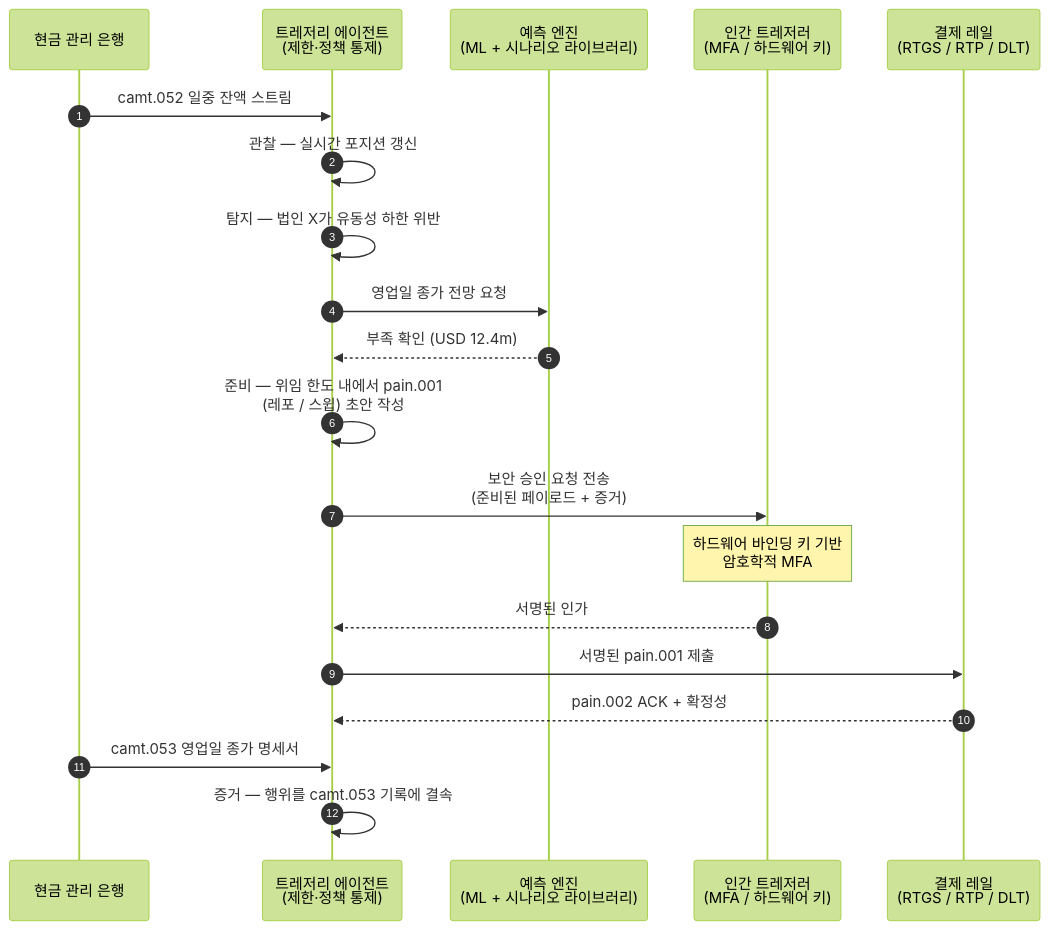
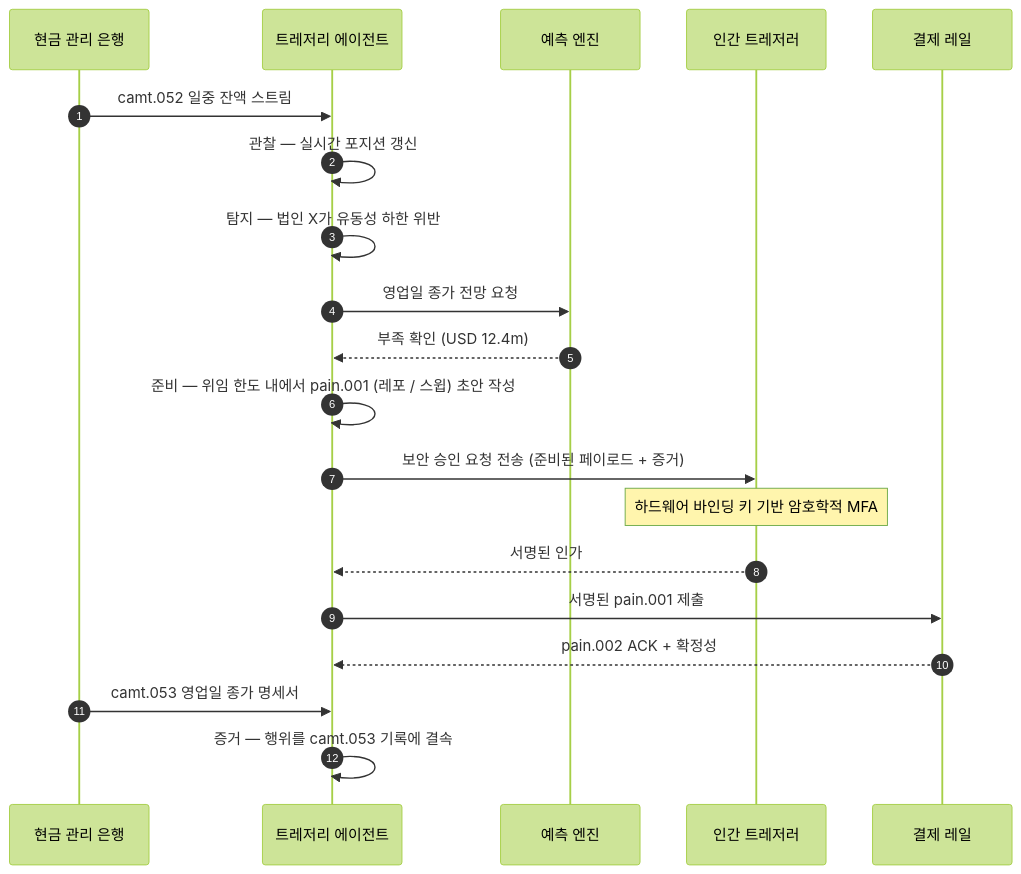
One commit to sebastienrousseau/sebastienrousseau.github.io changed the diagram in _posts/ko/2026-06-07-autonomous-treasury-index-programmable-liquidity-tokenised-deposits-2026.md. Above: the diagram before and after it, drawn with Mermaid (forest theme). The commit also changed 2231 other files, not shown here.

First line of the commit message:
fix(mermaid): unblock Mermaid v10 rendering end-to-end (#198)

````diff
--- a/_posts/ko/2026-06-07-autonomous-treasury-index-programmable-liquidity-tokenised-deposits-2026.md
+++ b/_posts/ko/2026-06-07-autonomous-treasury-index-programmable-liquidity-tokenised-deposits-2026.md
@@ -152,23 +152,22 @@
 ```mermaid
 sequenceDiagram
     autonumber
     participant Banks as 현금 관리 은행
-    participant Agent as 트레저리 에이전트<br/>(제한·정책 통제)
-    participant Forecast as 예측 엔진<br/>(ML + 시나리오 라이브러리)
-    participant Treasurer as 인간 트레저러<br/>(MFA / 하드웨어 키)
-    participant Rails as 결제 레일<br/>(RTGS / RTP / DLT)
-
+    participant Agent as 트레저리 에이전트
+    participant Forecast as 예측 엔진
+    participant Treasurer as 인간 트레저러
+    participant Rails as 결제 레일
     Banks->>Agent: camt.052 일중 잔액 스트림
     Agent->>Agent: 관찰 — 실시간 포지션 갱신
     Agent->>Agent: 탐지 — 법인 X가 유동성 하한 위반
     Agent->>Forecast: 영업일 종가 전망 요청
     Forecast-->>Agent: 부족 확인 (USD 12.4m)
-    Agent->>Agent: 준비 — 위임 한도 내에서 pain.001<br/>(레포 / 스윕) 초안 작성
-    Agent->>Treasurer: 보안 승인 요청 전송<br/>(준비된 페이로드 + 증거)
-    Note over Treasurer: 하드웨어 바인딩 키 기반<br/>암호학적 MFA
+    Agent->>Agent: 준비 — 위임 한도 내에서 pain.001 (레포 / 스윕) 초안 작성
+    Agent->>Treasurer: 보안 승인 요청 전송 (준비된 페이로드 + 증거)
+    Note over Treasurer: 하드웨어 바인딩 키 기반 암호학적 MFA
     Treasurer-->>Agent: 서명된 인가
     Agent->>Rails: 서명된 pain.001 제출
     Rails-->>Agent: pain.002 ACK + 확정성
     Banks->>Agent: camt.053 영업일 종가 명세서
     Agent->>Agent: 증거 — 행위를 camt.053 기록에 결속
 ```
````
